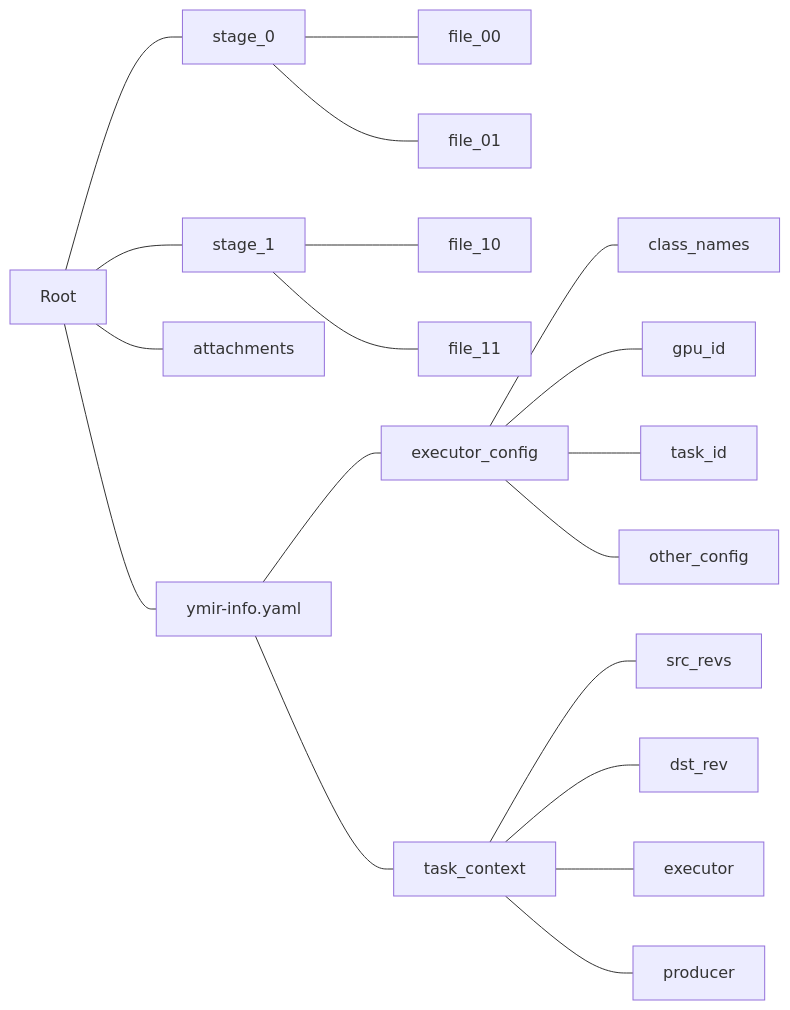
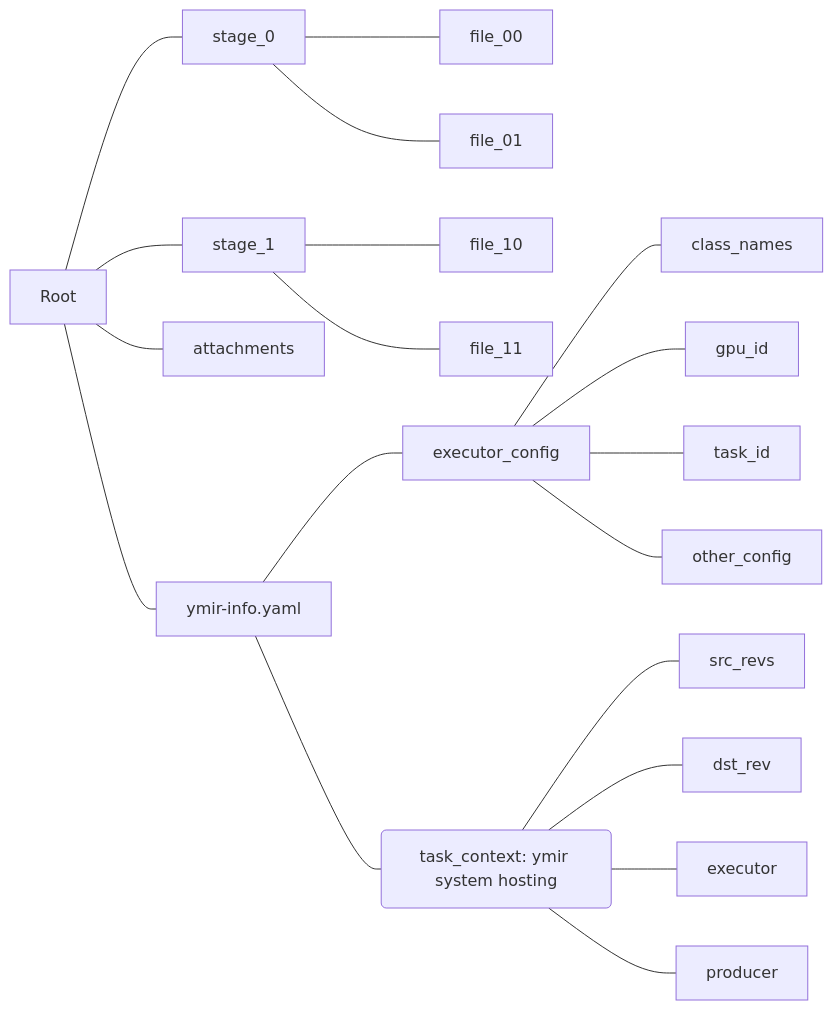
Before and after one commit to IndustryEssentials/ymir: the diagram in dev_docs/ymir-model-structure.md, drawn with Mermaid.

````diff
--- a/dev_docs/ymir-model-structure.md
+++ b/dev_docs/ymir-model-structure.md
@@ -13,19 +13,19 @@
 ```mermaid
 graph LR
     Root --- stage_0 --- file_00
     stage_0 --- file_01
     Root --- stage_1 --- file_10
     stage_1 --- file_11
     Root --- attachments
     Root --- ymir-info.yaml
     ymir-info.yaml --- executor_config
     executor_config --- class_names
     executor_config --- gpu_id
     executor_config --- task_id
     executor_config --- other_config
-    ymir-info.yaml --- task_context
+    ymir-info.yaml --- task_context(task_context: ymir system hosting)
     task_context --- src_revs
     task_context --- dst_rev
     task_context --- executor
     task_context --- producer
 ```
````
